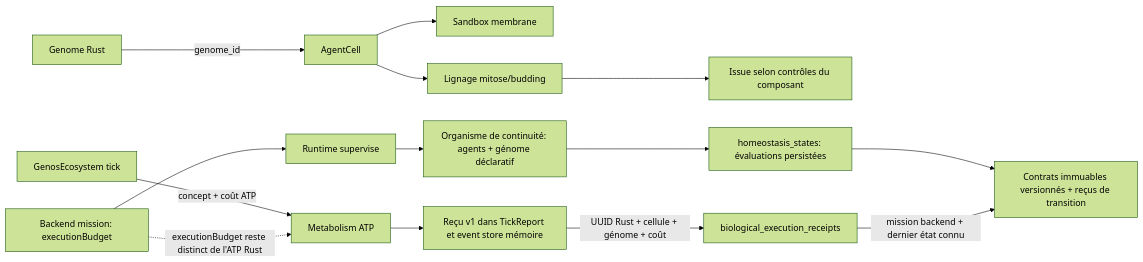
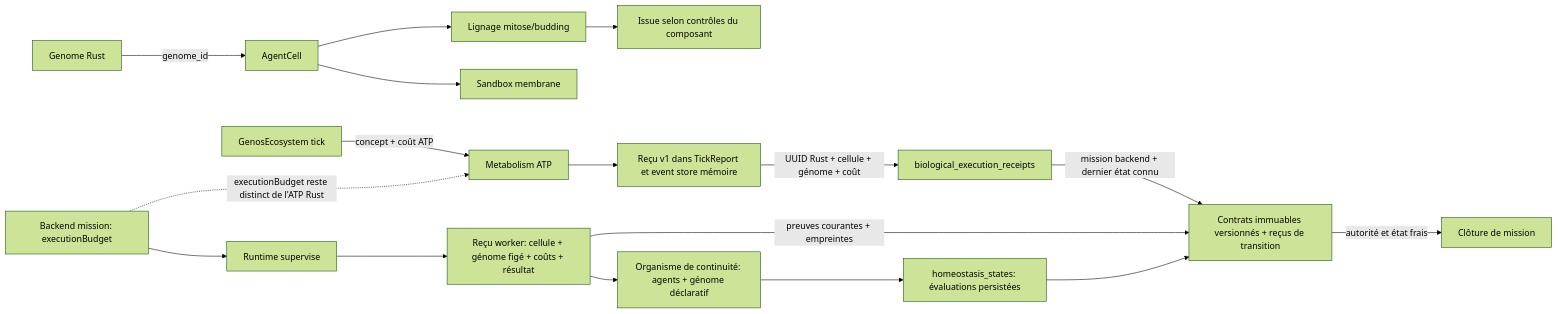
One commit to PISSARAW/GenOS changed the diagram in docs/01-concepts/biologie-computationnelle.md. Above: the diagram before and after it, drawn with Mermaid (forest theme). The commit also changed other lines of this file and 8 other files, not shown here.

````diff
--- a/docs/01-concepts/biologie-computationnelle.md
+++ b/docs/01-concepts/biologie-computationnelle.md
@@ -52,16 +54,19 @@
 ```mermaid
 flowchart LR
     G[Genome Rust] -->|genome_id| C[AgentCell]
     T[GenosEcosystem tick] -->|concept + coût ATP| M[Metabolism ATP]
     C --> S[Sandbox membrane]
     C --> L[Lignage mitose/budding]
     M --> R[Reçu v1 dans TickReport et event store mémoire]
     L --> LT[Issue selon contrôles du composant]
     B[Backend mission: executionBudget] --> X[Runtime supervise]
-    X --> O[Organisme de continuité: agents + génome déclaratif]
+    X --> WR[Reçu worker: cellule + génome figé + coûts + résultat]
+    WR --> O[Organisme de continuité: agents + génome déclaratif]
     O --> H[homeostasis_states: évaluations persistées]
     H --> HC[Contrats immuables versionnés + reçus de transition]
     R -->|UUID Rust + cellule + génome + coût| DB[biological_execution_receipts]
     DB -->|mission backend + dernier état connu| HC
+    WR -->|preuves courantes + empreintes| HC
+    HC -->|autorité et état frais| DONE[Clôture de mission]
     B -. executionBudget reste distinct de l'ATP Rust .-> M
 ```
````
